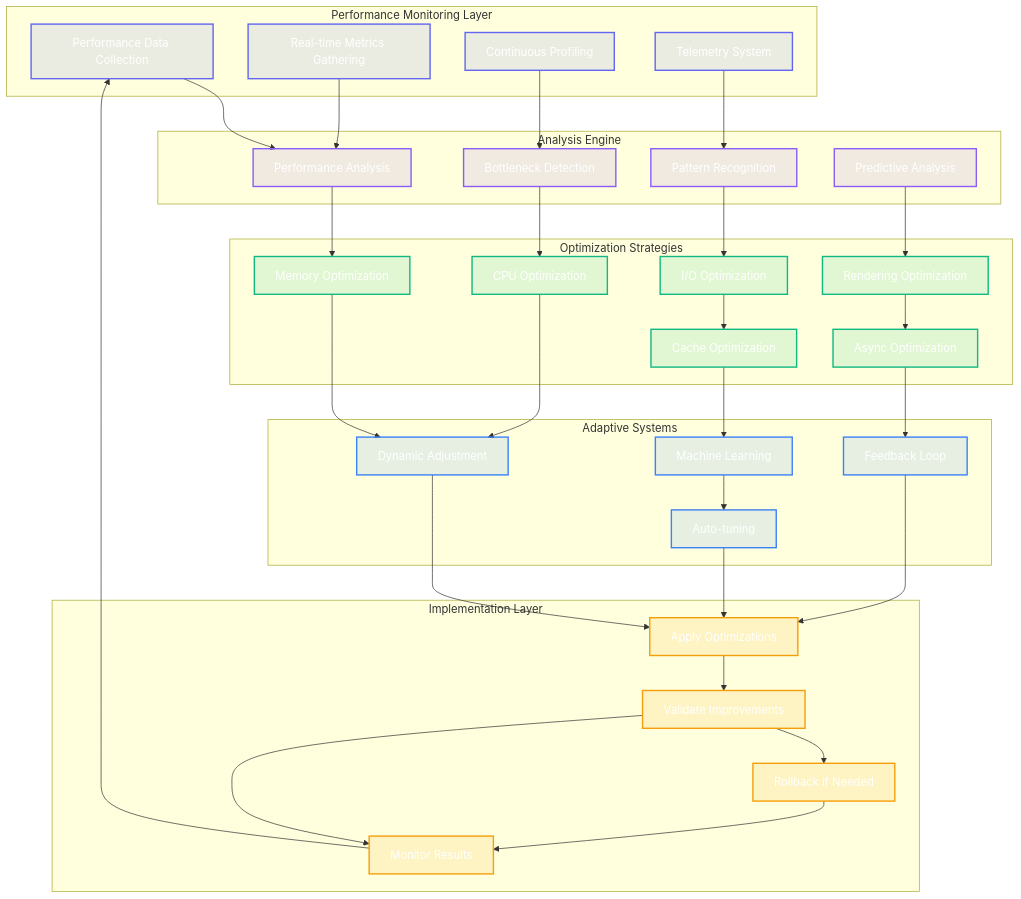
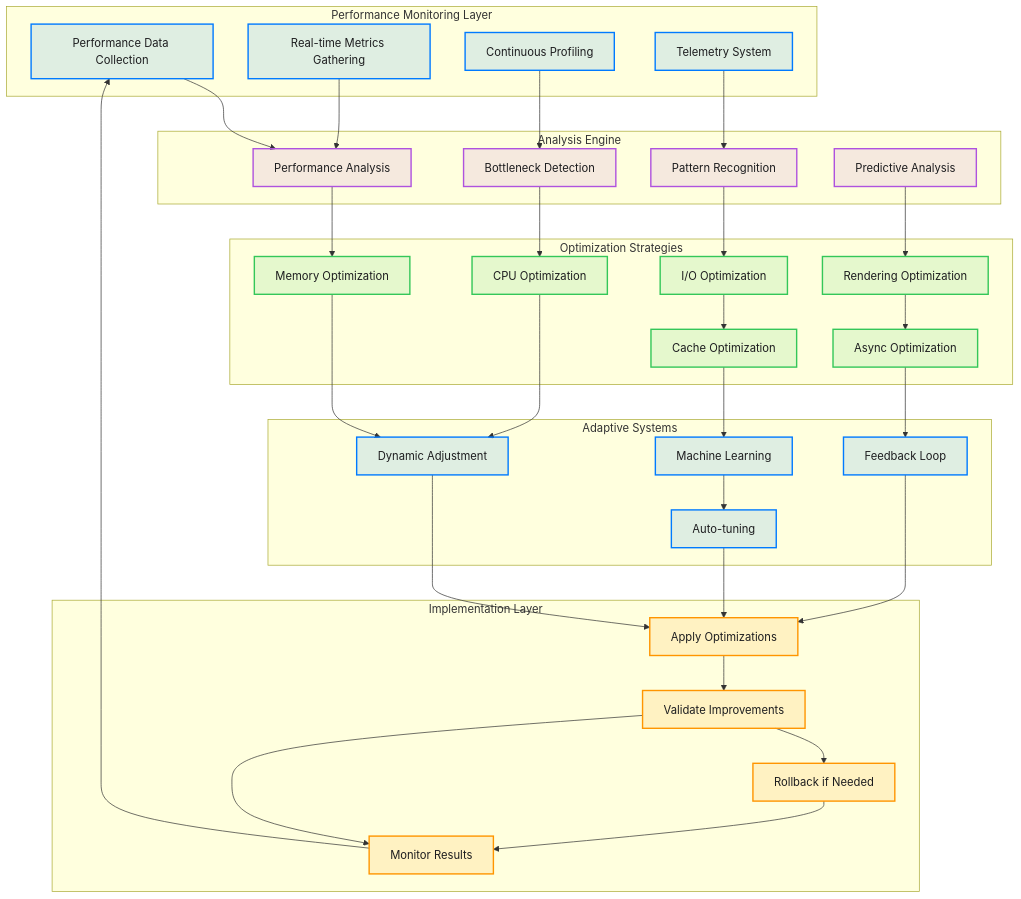
Before and after one commit to ajmcclary/CodeEditorKit: the first of 3 diagrams in Diagrams/24-performance-optimization-pipeline.md, drawn with Mermaid. The commit also changed other lines of this file and 25 other files, not shown here.

First line of the commit message:
Refactor diagram color schemes for dark mode compatibility and semantic clarity

```diff
--- a/Diagrams/24-performance-optimization-pipeline.md
+++ b/Diagrams/24-performance-optimization-pipeline.md
@@ -70,11 +70,11 @@
     MONITOR --> COLLECT
     
     %% Styling - Dark mode friendly colors
-    classDef monitoring fill:#6366f120,stroke:#6366f1,stroke-width:2px,color:#fff
-    classDef analysis fill:#8b5cf620,stroke:#8b5cf6,stroke-width:2px,color:#fff
-    classDef optimization fill:#10b98120,stroke:#10b981,stroke-width:2px,color:#fff
-    classDef adaptive fill:#3b82f620,stroke:#3b82f6,stroke-width:2px,color:#fff
-    classDef implementation fill:#f59e0b20,stroke:#f59e0b,stroke-width:2px,color:#fff
+    classDef monitoring fill:#007AFF20,stroke:#007AFF,stroke-width:2px,color:#1D1D1F
+    classDef analysis fill:#AF52DE20,stroke:#AF52DE,stroke-width:2px,color:#1D1D1F
+    classDef optimization fill:#34C75920,stroke:#34C759,stroke-width:2px,color:#1D1D1F
+    classDef adaptive fill:#007AFF20,stroke:#007AFF,stroke-width:2px,color:#1D1D1F
+    classDef implementation fill:#FF950020,stroke:#FF9500,stroke-width:2px,color:#1D1D1F
     
     class COLLECT monitoring
     class METRICS monitoring
```
